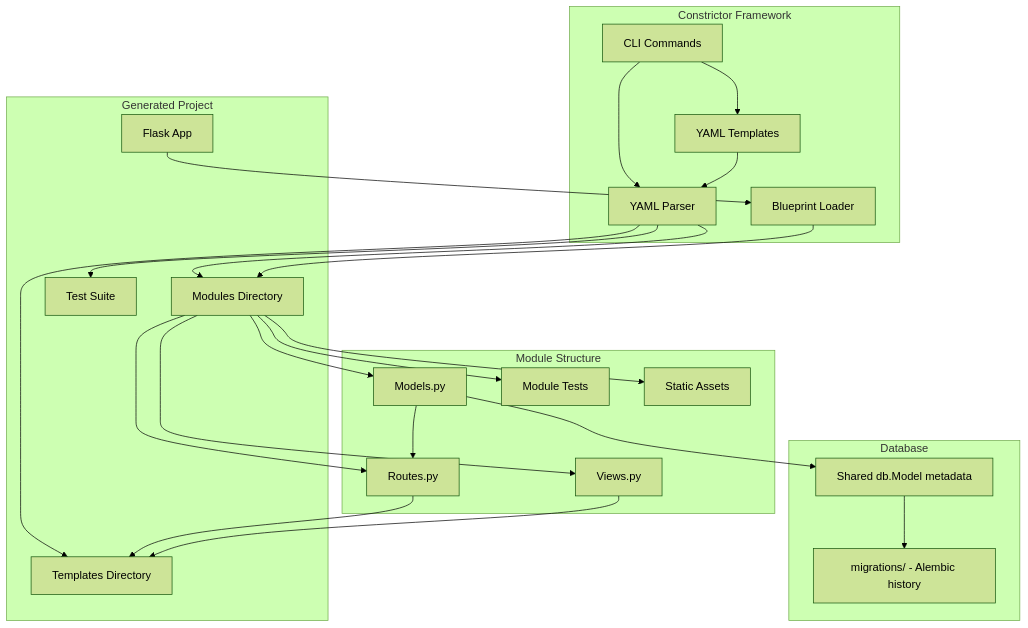
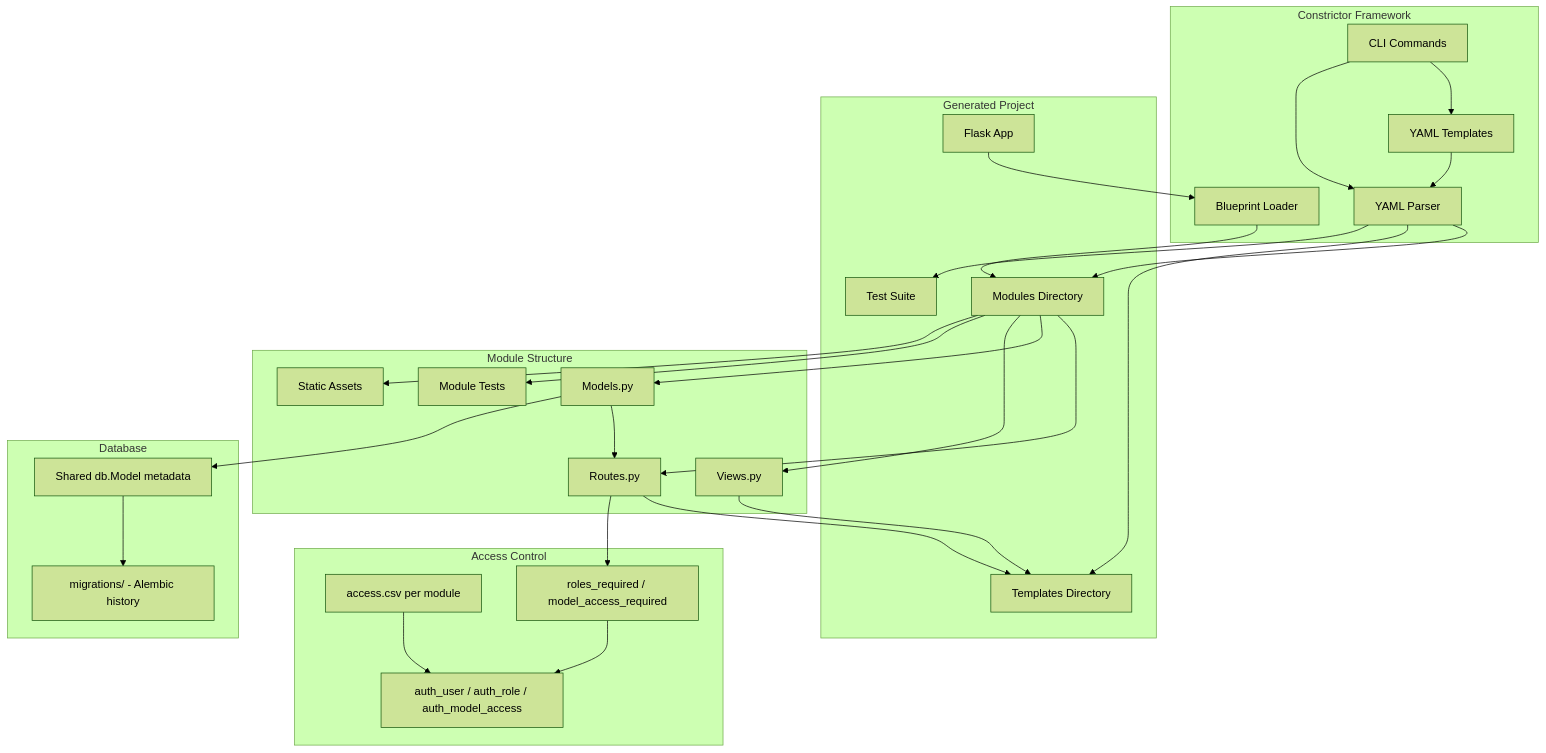
Before and after one commit to drkpkg/constrictor: the diagram in README.md, drawn with Mermaid (forest theme). The commit also changed other lines of this file and 9 other files, not shown here.

````diff
--- a/README.md
+++ b/README.md
@@ -61,51 +63,60 @@
 ```mermaid
 graph TB
     subgraph "Constrictor Framework"
         CLI[CLI Commands]
         YAML[YAML Templates]
         Parser[YAML Parser]
         Loader[Blueprint Loader]
     end
     
     subgraph "Generated Project"
         App[Flask App]
         Modules[Modules Directory]
         Templates[Templates Directory]
         Tests[Test Suite]
     end
     
     subgraph "Module Structure"
         Routes[Routes.py]
         Models[Models.py]
         Views[Views.py]
         ModuleTests[Module Tests]
         Static[Static Assets]
     end
 
     subgraph "Database"
         SharedDB[Shared db.Model metadata]
         Migrations[migrations/ - Alembic history]
     end
+
+    subgraph "Access Control"
+        AuthTables[auth_user / auth_role / auth_model_access]
+        AccessCSV[access.csv per module]
+        Guards[roles_required / model_access_required]
+    end
     
     CLI --> YAML
     CLI --> Parser
     YAML --> Parser
     Parser --> Modules
     Parser --> Templates
     Parser --> Tests
     
     App --> Loader
     Loader --> Modules
     
     Modules --> Routes
     Modules --> Models
     Modules --> Views
     Modules --> ModuleTests
     Modules --> Static
     
     Routes --> Templates
     Views --> Templates
     Models --> Routes
     Models --> SharedDB
     SharedDB --> Migrations
+    Routes --> Guards
+    Guards --> AuthTables
+    AccessCSV --> AuthTables
 ```
````
